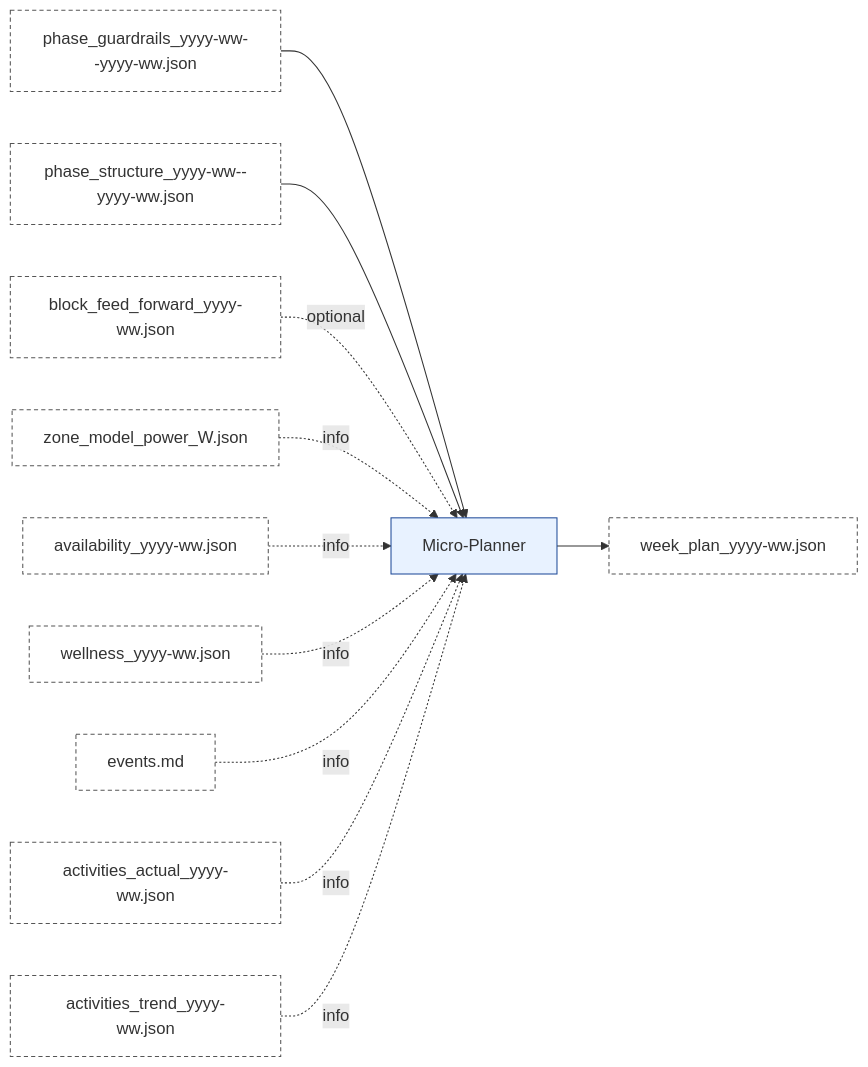
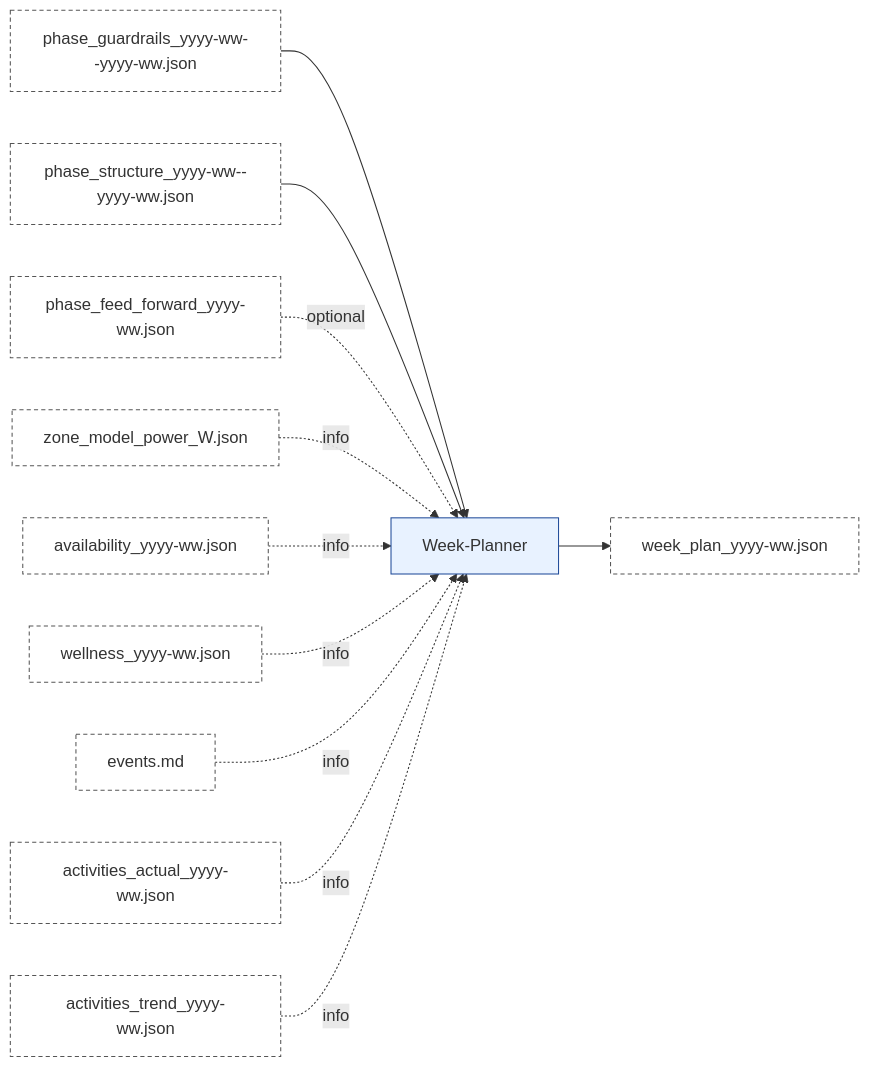
One commit to albauer-priv/RPS changed the fifth of 8 diagrams in doc/artefact_flow_overview_and_detail.md. Above: the diagram before and after it, drawn with Mermaid. The commit also changed other lines of this file and 148 other files, not shown here.

Commit message:
Finalize season/phase/week renames

````diff
--- a/doc/artefact_flow_overview_and_detail.md
+++ b/doc/artefact_flow_overview_and_detail.md
@@ -257,17 +257,17 @@
 ```mermaid
 flowchart LR
-  BG[phase_guardrails_yyyy-ww--yyyy-ww.json]:::artefact --> MI[Micro-Planner]:::agent
+  BG[phase_guardrails_yyyy-ww--yyyy-ww.json]:::artefact --> MI[Week-Planner]:::agent
   BEA[phase_structure_yyyy-ww--yyyy-ww.json]:::artefact --> MI
-  BFF[block_feed_forward_yyyy-ww.json]:::artefact -. optional .-> MI
+  BFF[phase_feed_forward_yyyy-ww.json]:::artefact -. optional .-> MI
   ZM[zone_model_power_<FTP>W.json]:::artefact -. info .-> MI
   AV[availability_yyyy-ww.json]:::artefact -. info .-> MI
   WL[wellness_yyyy-ww.json]:::artefact -. info .-> MI
   EV[events.md]:::artefact -. info .-> MI
   AA[activities_actual_yyyy-ww.json]:::artefact -. info .-> MI
   AT[activities_trend_yyyy-ww.json]:::artefact -. info .-> MI
 
   MI --> WP[week_plan_yyyy-ww.json]:::artefact
 
   classDef agent fill:#e8f2ff,stroke:#1f4b99,stroke-width:1px;
   classDef artefact fill:#ffffff,stroke:#555,stroke-dasharray: 4 3,stroke-width:1px;
 ```
````
